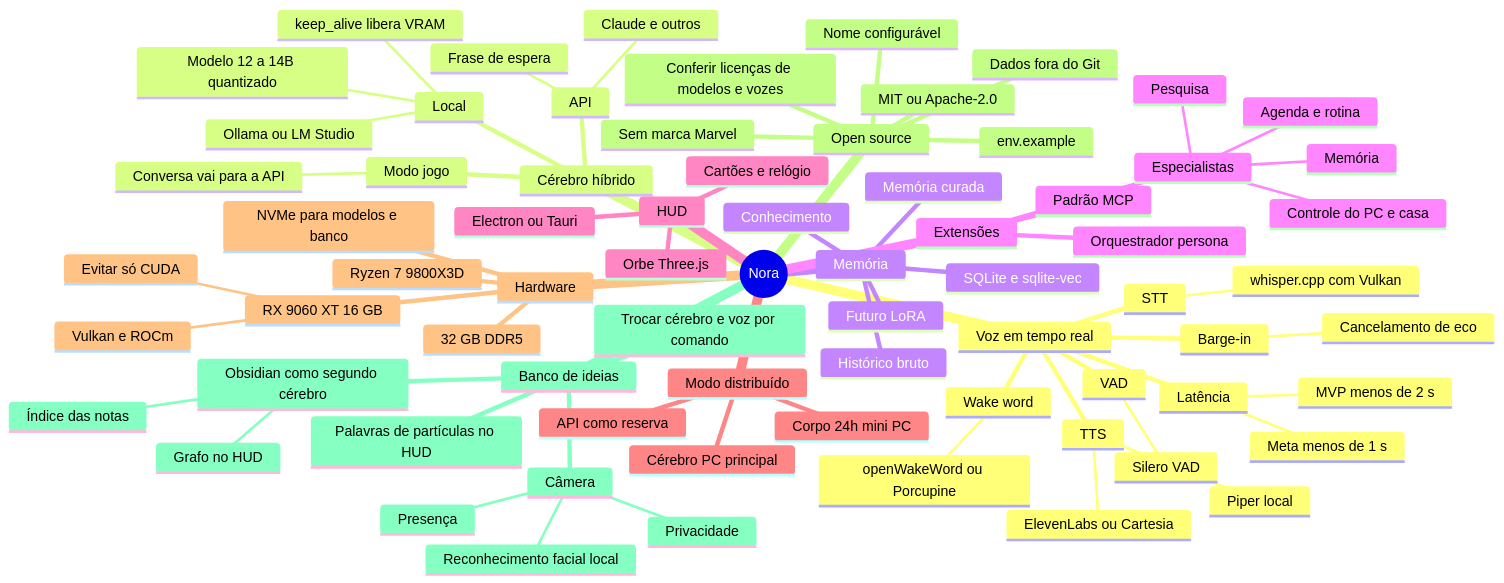
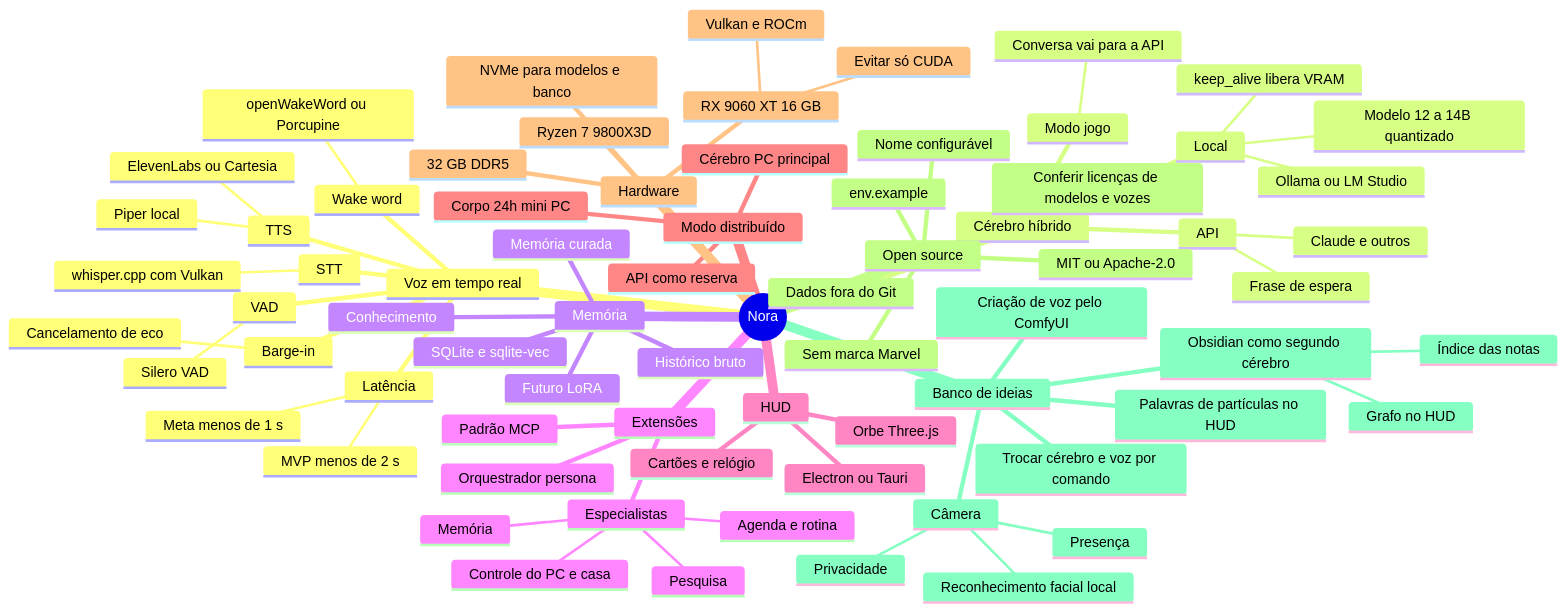
The first of 4 diagrams in docs/MAPA_MENTAL.md (Gabitoprof/Nora), drawn with Mermaid before and after one commit. The commit also changed 2 other files, not shown here.

Commit message:
docs: add voice creation with ComfyUI to the idea bank
Claude-Session: https://claude.ai/code/session_015KTWwFHM8DP5tNF5F2GaFT

````diff
--- a/docs/MAPA_MENTAL.md
+++ b/docs/MAPA_MENTAL.md
@@ -17,75 +17,76 @@
 ```mermaid
 mindmap
   root((Nora))
     Voz em tempo real
       Wake word
         openWakeWord ou Porcupine
       VAD
         Silero VAD
       STT
         whisper.cpp com Vulkan
       TTS
         Piper local
         ElevenLabs ou Cartesia
       Barge-in
         Cancelamento de eco
       Latência
         Meta menos de 1 s
         MVP menos de 2 s
     Cérebro híbrido
       Local
         Ollama ou LM Studio
         Modelo 12 a 14B quantizado
         keep_alive libera VRAM
       API
         Claude e outros
         Frase de espera
       Modo jogo
         Conversa vai para a API
     Memória
       SQLite e sqlite-vec
       Histórico bruto
       Memória curada
       Conhecimento
       Futuro LoRA
     Extensões
       Padrão MCP
       Orquestrador persona
       Especialistas
         Agenda e rotina
         Pesquisa
         Controle do PC e casa
         Memória
     HUD
       Electron ou Tauri
       Orbe Three.js
       Cartões e relógio
     Modo distribuído
       Corpo 24h mini PC
       Cérebro PC principal
       API como reserva
     Hardware
       RX 9060 XT 16 GB
         Vulkan e ROCm
         Evitar só CUDA
       Ryzen 7 9800X3D
       32 GB DDR5
       NVMe para modelos e banco
     Open source
       Dados fora do Git
       env.example
       Sem marca Marvel
       Nome configurável
       MIT ou Apache-2.0
       Conferir licenças de modelos e vozes
     Banco de ideias
       Câmera
         Presença
         Reconhecimento facial local
         Privacidade
       Obsidian como segundo cérebro
         Índice das notas
         Grafo no HUD
       Trocar cérebro e voz por comando
       Palavras de partículas no HUD
+      Criação de voz pelo ComfyUI
 ```
````
